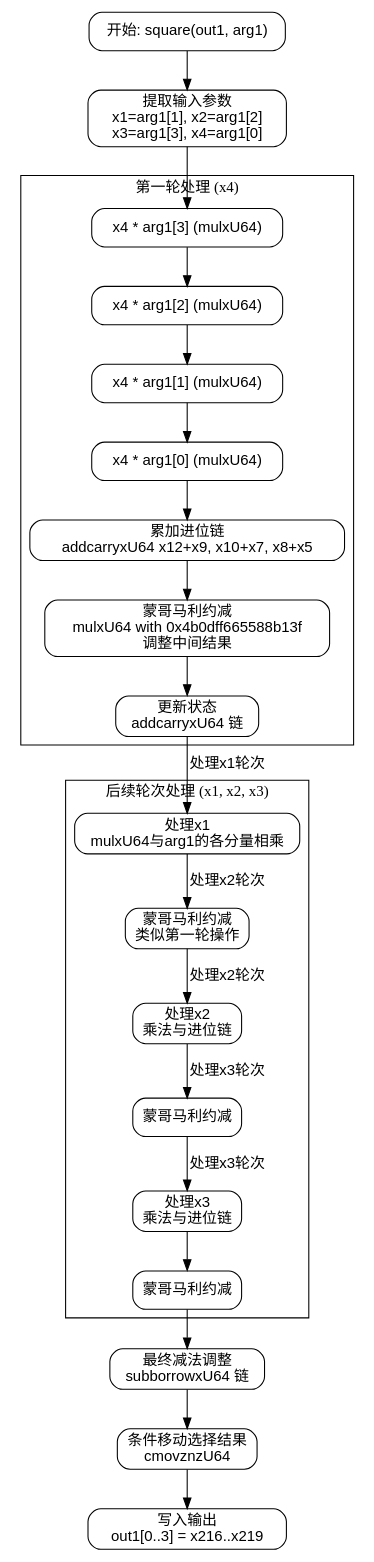
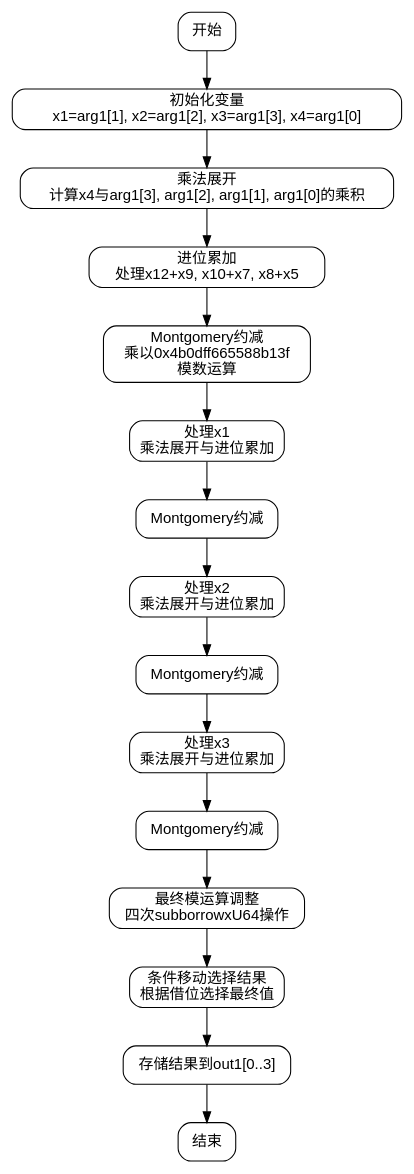
Before and after one commit to sdzx-1/deepseek-zig-reader: the diagram in dot_std/crypto/pcurves/secp256k1/secp256k1_scalar_64.zig.square.md, drawn with Graphviz. The commit also changed other lines of this file and 236 other files, not shown here.

````diff
--- a/dot_std/crypto/pcurves/secp256k1/secp256k1_scalar_64.zig.square.md
+++ b/dot_std/crypto/pcurves/secp256k1/secp256k1_scalar_64.zig.square.md
@@ -25,59 +43,37 @@
 ```dot
 digraph flowchart {
-    node [shape=rectangle, style=rounded, fontname=Helvetica];
-    edge [fontname=Helvetica];
+    node [shape=rectangle, style="rounded", fontname="Helvetica"];
+    edge [fontname="Helvetica"];
 
-    start [label="开始: square(out1, arg1)"];
-    extract_input [label="提取输入参数\nx1=arg1[1], x2=arg1[2]\nx3=arg1[3], x4=arg1[0]"];
-    
-    // 第一轮处理（x4）
-    mul_x4_3 [label="x4 * arg1[3] (mulxU64)"];
-    mul_x4_2 [label="x4 * arg1[2] (mulxU64)"];
-    mul_x4_1 [label="x4 * arg1[1] (mulxU64)"];
-    mul_x4_0 [label="x4 * arg1[0] (mulxU64)"];
-    add_initial_carries [label="累加进位链\naddcarryxU64 x12+x9, x10+x7, x8+x5"];
-    mont_reduction_1 [label="蒙哥马利约减\nmulxU64 with 0x4b0dff665588b13f\n调整中间结果"];
-    update_state_1 [label="更新状态\naddcarryxU64 链"];
+    start [label="开始"];
+    init [label="初始化变量\nx1=arg1[1], x2=arg1[2], x3=arg1[3], x4=arg1[0]"];
+    mul_x4 [label="乘法展开\n计算x4与arg1[3], arg1[2], arg1[1], arg1[0]的乘积"];
+    add_carry1 [label="进位累加\n处理x12+x9, x10+x7, x8+x5"];
+    montgomery_reduce1 [label="Montgomery约减\n乘以0x4b0dff665588b13f\n模数运算"];
+    mul_x1 [label="处理x1\n乘法展开与进位累加"];
+    montgomery_reduce2 [label="Montgomery约减"];
+    mul_x2 [label="处理x2\n乘法展开与进位累加"];
+    montgomery_reduce3 [label="Montgomery约减"];
+    mul_x3 [label="处理x3\n乘法展开与进位累加"];
+    montgomery_reduce4 [label="Montgomery约减"];
+    final_sub [label="最终模运算调整\n四次subborrowxU64操作"];
+    cmovznz [label="条件移动选择结果\n根据借位选择最终值"];
+    output [label="存储结果到out1[0..3]"];
+    end [label="结束"];
 
-    // 后续轮次处理（x1, x2, x3）
-    process_x1 [label="处理x1\nmulxU64与arg1的各分量相乘", shape=rect];
-    mont_reduction_2 [label="蒙哥马利约减\n类似第一轮操作", shape=rect];
-    process_x2 [label="处理x2\n乘法与进位链", shape=rect];
-    mont_reduction_3 [label="蒙哥马利约减", shape=rect];
-    process_x3 [label="处理x3\n乘法与进位链", shape=rect];
-    mont_reduction_4 [label="蒙哥马利约减", shape=rect];
-
-    // 最终处理
-    final_sub [label="最终减法调整\nsubborrowxU64 链"];
-    cmovznz [label="条件移动选择结果\ncmovznzU64"];
-    output [label="写入输出\nout1[0..3] = x216..x219"];
-
-    start -> extract_input;
-    
-    extract_input -> mul_x4_3;
-    mul_x4_3 -> mul_x4_2;
-    mul_x4_2 -> mul_x4_1;
-    mul_x4_1 -> mul_x4_0;
-    mul_x4_0 -> add_initial_carries;
-    add_initial_carries -> mont_reduction_1;
-    mont_reduction_1 -> update_state_1;
-    
-    update_state_1 -> process_x1 [label="处理x1轮次"];
-    process_x1 -> mont_reduction_2 -> process_x2 [label="处理x2轮次"];
-    process_x2 -> mont_reduction_3 -> process_x3 [label="处理x3轮次"];
-    process_x3 -> mont_reduction_4 -> final_sub;
-    
-    final_sub -> cmovznz -> output;
-
-    // 结构分组
-    subgraph cluster_x4_processing {
-        label="第一轮处理 (x4)";
-        mul_x4_3; mul_x4_2; mul_x4_1; mul_x4_0; add_initial_carries; mont_reduction_1; update_state_1;
-    }
-    
-    subgraph cluster_other_rounds {
-        label="后续轮次处理 (x1, x2, x3)";
-        process_x1; mont_reduction_2; process_x2; mont_reduction_3; process_x3; mont_reduction_4;
-    }
+    start -> init;
+    init -> mul_x4;
+    mul_x4 -> add_carry1;
+    add_carry1 -> montgomery_reduce1;
+    montgomery_reduce1 -> mul_x1;
+    mul_x1 -> montgomery_reduce2;
+    montgomery_reduce2 -> mul_x2;
+    mul_x2 -> montgomery_reduce3;
+    montgomery_reduce3 -> mul_x3;
+    mul_x3 -> montgomery_reduce4;
+    montgomery_reduce4 -> final_sub;
+    final_sub -> cmovznz;
+    cmovznz -> output;
+    output -> end;
 }
 ```
````
